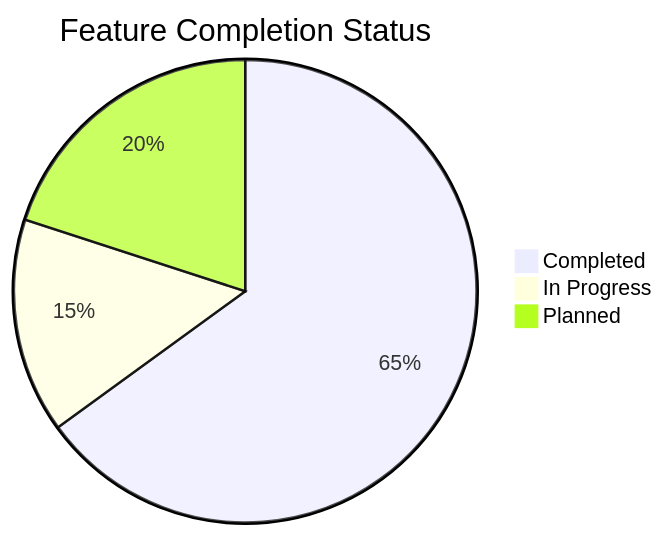
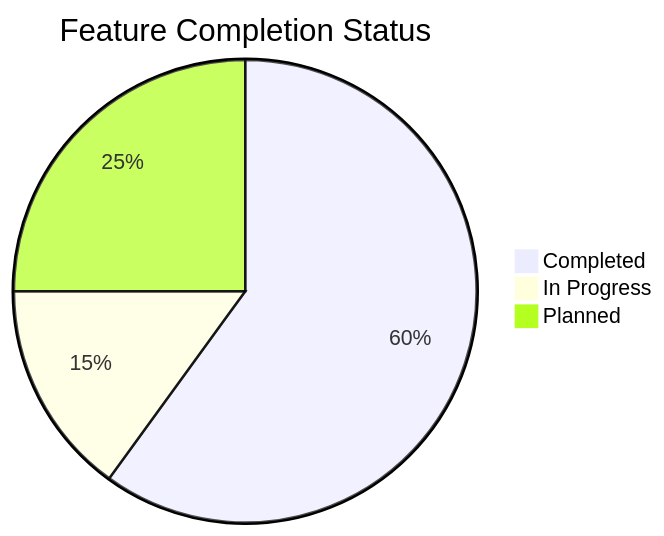
The second of 2 diagrams in docs/planning/roadmap.md (mrj0nesmtl/cloud-burst), drawn with Mermaid before and after one commit. The commit also changed other lines of this file and 76 other files, not shown here.

````diff
--- a/docs/planning/roadmap.md
+++ b/docs/planning/roadmap.md
@@ -143,6 +148,6 @@
 ```mermaid
 pie title Feature Completion Status
-    "Completed" : 65
+    "Completed" : 60
     "In Progress" : 15
-    "Planned" : 20
+    "Planned" : 25
 ```
````
